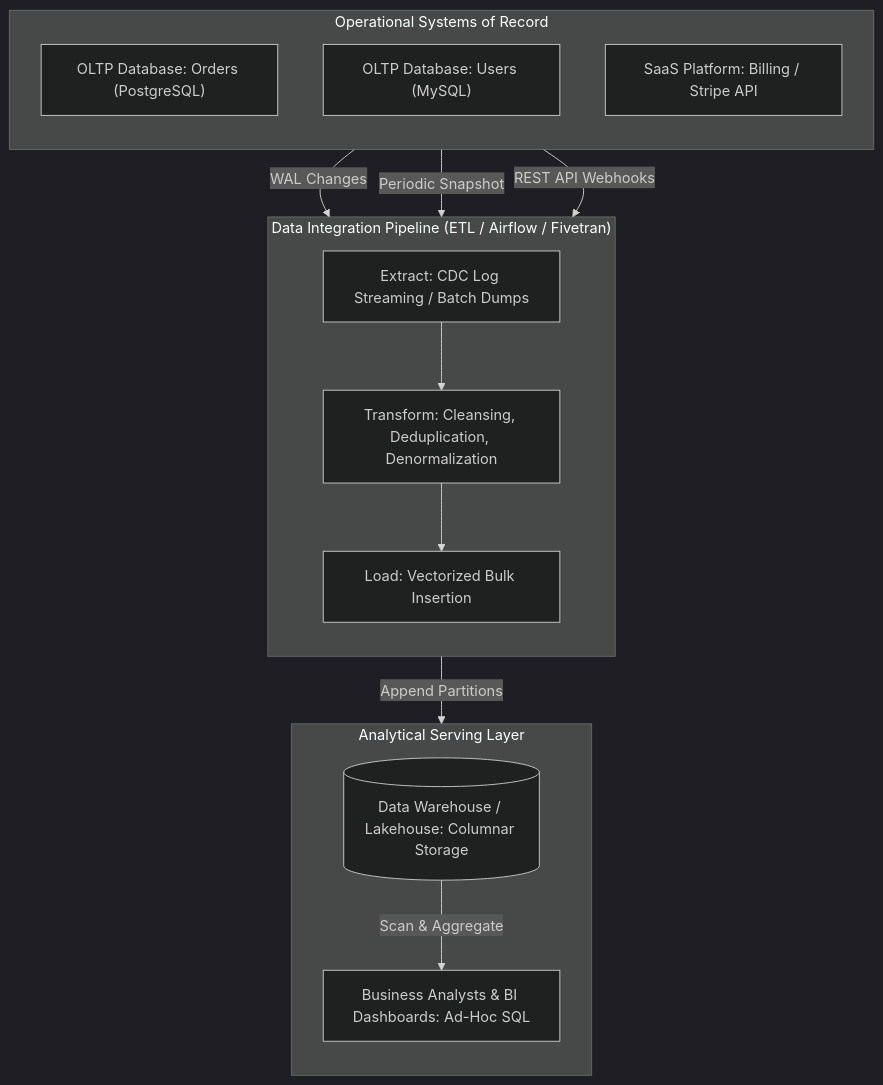
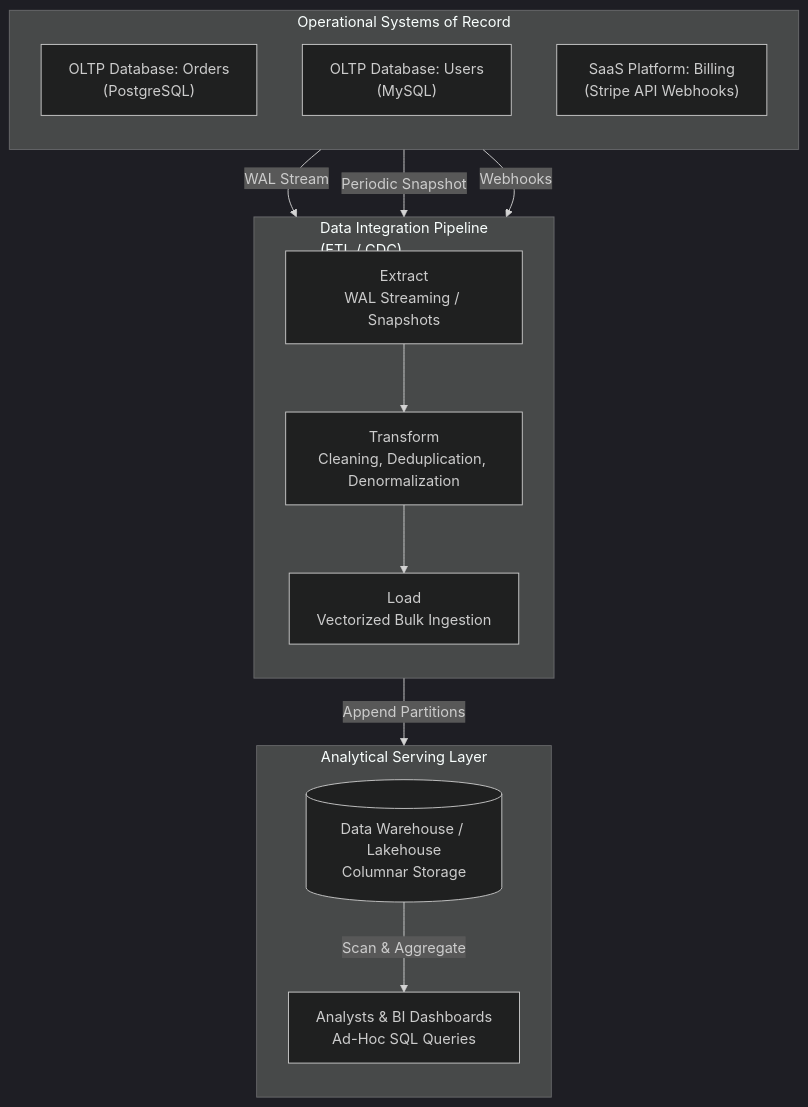
The first of 4 diagrams in 01 Designing Data-Intensive Applications/chapter-01-trade-offs-in-data-systems-architecture.md (1mimhe/books-summery), drawn with Mermaid (dark theme) before and after one commit. The commit also changed other lines of this file and 2 other files, not shown here.

Commit message:
docs(book01): forensic rewrite ch01-03 (serverless/HPC, 6-fig split, GraphQL/DataFrames/Turtle, figs 3-7/3-9)

````diff
--- a/01 Designing Data-Intensive Applications/chapter-01-trade-offs-in-data-systems-architecture.md
+++ b/01 Designing Data-Intensive Applications/chapter-01-trade-offs-in-data-systems-architecture.md
@@ -128,30 +202,30 @@
 ```mermaid
 flowchart TD
   subgraph SG_SOURCES["Operational Systems of Record"]
     direction TB
-    OLTP1["OLTP Database: Orders (PostgreSQL)"]
-    OLTP2["OLTP Database: Users (MySQL)"]
-    SAAS1["SaaS Platform: Billing / Stripe API"]
+    OLTP1["OLTP Database: Orders<br/>(PostgreSQL)"]
+    OLTP2["OLTP Database: Users<br/>(MySQL)"]
+    SAAS1["SaaS Platform: Billing<br/>(Stripe API Webhooks)"]
   end
 
-  subgraph SG_ETL["Data Integration Pipeline (ETL / Airflow / Fivetran)"]
+  subgraph SG_ETL["Data Integration Pipeline<br/>(ETL / CDC)"]
     direction TB
-    EXT["Extract: CDC Log Streaming / Batch Dumps"]
-    TRANS["Transform: Cleansing, Deduplication, Denormalization"]
-    LOAD["Load: Vectorized Bulk Insertion"]
+    EXT["Extract<br/>WAL Streaming / Snapshots"]
+    TRANS["Transform<br/>Cleaning, Deduplication, Denormalization"]
+    LOAD["Load<br/>Vectorized Bulk Ingestion"]
     EXT --> TRANS
     TRANS --> LOAD
   end
 
   subgraph SG_SINK["Analytical Serving Layer"]
     direction TB
-    DWH[("Data Warehouse / Lakehouse: Columnar Storage")]
-    ANALYST["Business Analysts & BI Dashboards: Ad-Hoc SQL"]
+    DWH[("Data Warehouse / Lakehouse<br/>Columnar Storage")]
+    ANALYST["Analysts & BI Dashboards<br/>Ad-Hoc SQL Queries"]
     DWH -->|"Scan & Aggregate"| ANALYST
   end
 
-  OLTP1 -->|"WAL Changes"| EXT
+  OLTP1 -->|"WAL Stream"| EXT
   OLTP2 -->|"Periodic Snapshot"| EXT
-  SAAS1 -->|"REST API Webhooks"| EXT
+  SAAS1 -->|"Webhooks"| EXT
   LOAD -->|"Append Partitions"| DWH
 ```
````
